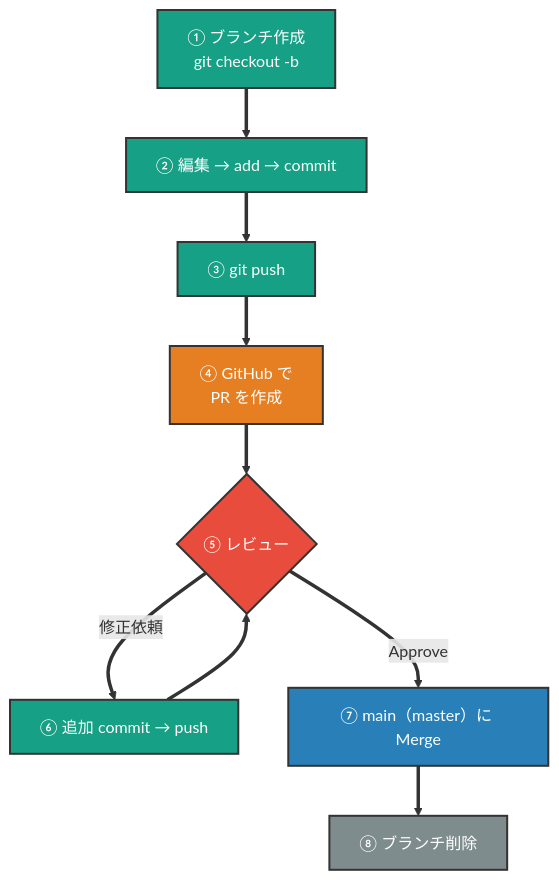
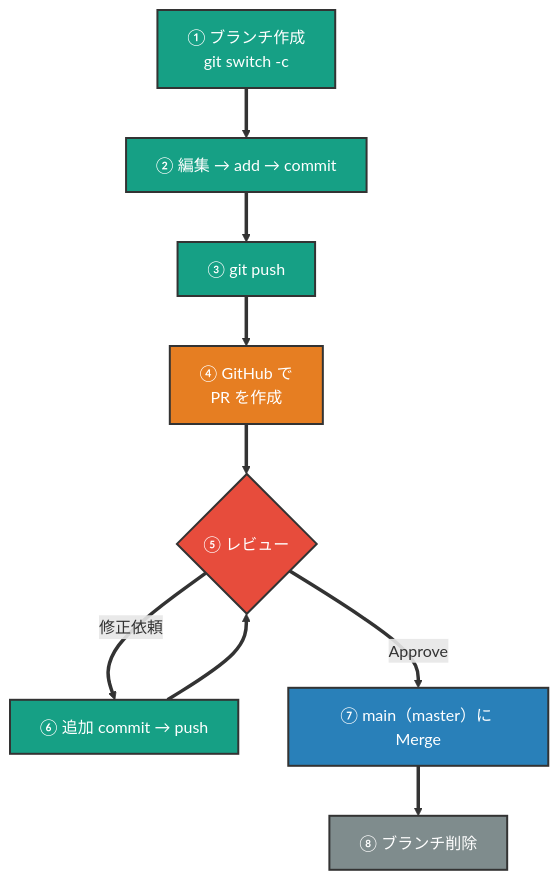
Before and after one commit to kasuyaofcb/tech_docs: the eighth of 21 diagrams in 02_git/git.md, drawn with Mermaid. The commit also changed other lines of this file and 1 other file, not shown here.

First line of the commit message:
docs(git): 初学者目線の通読で見つかった違和感を修正

````diff
--- a/02_git/git.md
+++ b/02_git/git.md
@@ -340,20 +340,20 @@
 ```mermaid
 flowchart TB
-    A["① ブランチ作成<br/>git checkout -b"] ==> B["② 編集 → add → commit"]
+    A["① ブランチ作成<br/>git switch -c"] ==> B["② 編集 → add → commit"]
     B ==> C["③ git push"]
     C ==> D["④ GitHub で<br/>PR を作成"]
     D ==> E{"⑤ レビュー"}
     E ==>|"修正依頼"| F["⑥ 追加 commit → push"]
     F ==> E
     E ==>|"Approve"| G["⑦ main（master）に Merge"]
     G ==> H["⑧ ブランチ削除"]
 
     style A fill:#16A085,color:#FFFFFF,stroke:#333,stroke-width:2px
     style B fill:#16A085,color:#FFFFFF,stroke:#333,stroke-width:2px
     style C fill:#16A085,color:#FFFFFF,stroke:#333,stroke-width:2px
     style D fill:#E67E22,color:#FFFFFF,stroke:#333,stroke-width:2px
     style E fill:#E74C3C,color:#FFFFFF,stroke:#333,stroke-width:2px
     style F fill:#16A085,color:#FFFFFF,stroke:#333,stroke-width:2px
     style G fill:#2980B9,color:#FFFFFF,stroke:#333,stroke-width:2px
     style H fill:#7F8C8D,color:#FFFFFF,stroke:#333,stroke-width:2px
 ```
````
